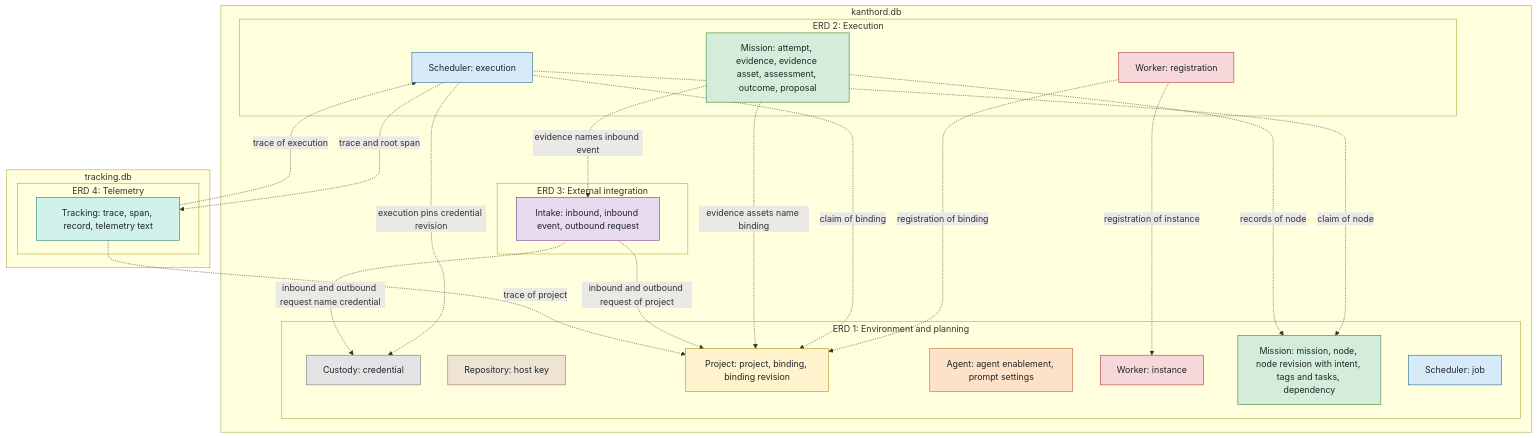
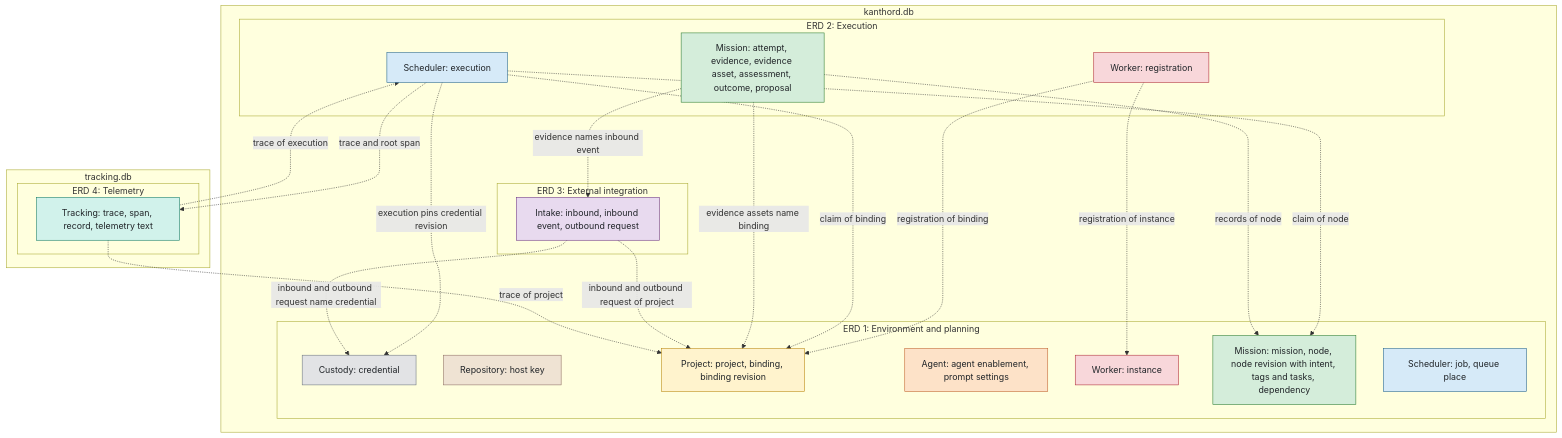
Before and after one commit to kanthorlabs/kanthord: the diagram in docs/reference/erd/README.md, drawn with Mermaid. The commit also changed 5 other files, not shown here.

Commit message:
docs(scheduler): add queued_at, the queue place term and the rework scope

````diff
--- a/docs/reference/erd/README.md
+++ b/docs/reference/erd/README.md
@@ -32,63 +32,63 @@
 ```mermaid
 flowchart TB
     subgraph db1["kanthord.db"]
         subgraph v1["ERD 1: Environment and planning"]
             c1["Custody: credential"]
             r1["Repository: host key"]
             p1["Project: project, binding, binding revision"]
             a1["Agent: agent enablement, prompt settings"]
             w1["Worker: instance"]
             m1["Mission: mission, node, node revision with intent, tags and tasks, dependency"]
-            s1["Scheduler: job"]
+            s1["Scheduler: job, queue place"]
         end
         subgraph v2["ERD 2: Execution"]
             w2["Worker: registration"]
             s2["Scheduler: execution"]
             m2["Mission: attempt, evidence, evidence asset, assessment, outcome, proposal"]
         end
         subgraph v3["ERD 3: External integration"]
             i3["Intake: inbound, inbound event, outbound request"]
         end
     end
     subgraph db2["tracking.db"]
         subgraph v4["ERD 4: Telemetry"]
             t4["Tracking: trace, span, record, telemetry text"]
         end
     end
 
     w2 -.->|registration of binding| p1
     w2 -.->|registration of instance| w1
     s2 -.->|claim of node| m1
     s2 -.->|claim of binding| p1
     s2 -.->|execution pins credential revision| c1
     m2 -.->|records of node| m1
     m2 -.->|evidence assets name binding| p1
 
     i3 -.->|inbound and outbound request of project| p1
     i3 -.->|inbound and outbound request name credential| c1
     m2 -.->|evidence names inbound event| i3
 
     t4 -.->|trace of execution| s2
     s2 -.->|trace and root span| t4
     t4 -.->|trace of project| p1
 
     classDef custody fill:#e2e3e5,stroke:#6c757d,color:#212529
     classDef repository fill:#efe3d3,stroke:#8d6e63,color:#212529
     classDef project fill:#fff3cd,stroke:#b8860b,color:#212529
     classDef worker fill:#f8d7da,stroke:#b02a37,color:#212529
     classDef agent fill:#fde2c8,stroke:#c0602b,color:#212529
     classDef mission fill:#d4edda,stroke:#2e7d32,color:#212529
     classDef scheduler fill:#d6eaf8,stroke:#1f618d,color:#212529
     classDef intake fill:#e8daef,stroke:#6c3483,color:#212529
     classDef tracking fill:#d1f2eb,stroke:#117a65,color:#212529
 
     class c1 custody
     class r1 repository
     class p1 project
     class w1,w2 worker
     class a1 agent
     class m1,m2 mission
     class s1,s2 scheduler
     class i3 intake
     class t4 tracking
 ```
````
